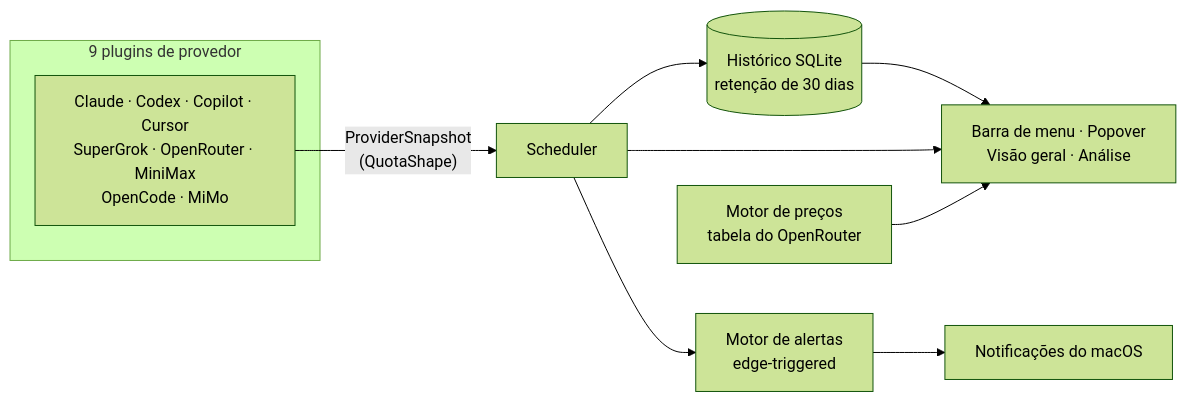
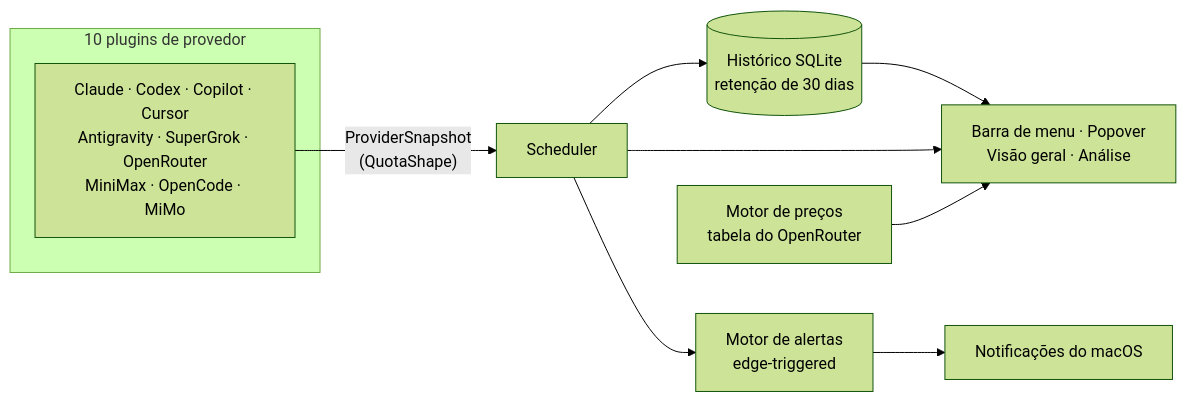
The diagram in README.pt-BR.md (OkamiOps/OkTally), drawn with Mermaid (forest theme) before and after one commit. The commit also changed other lines of this file and 5 other files, not shown here.

Commit message:
release: 0.9.1-beta — changelog entry, roadmap/provider tables refreshed, version bump

````diff
--- a/README.pt-BR.md
+++ b/README.pt-BR.md
@@ -97,13 +97,13 @@
 ```mermaid
 flowchart LR
-    subgraph Providers["9 plugins de provedor"]
-        P1["Claude · Codex · Copilot · Cursor<br/>SuperGrok · OpenRouter · MiniMax<br/>OpenCode · MiMo"]
+    subgraph Providers["10 plugins de provedor"]
+        P1["Claude · Codex · Copilot · Cursor<br/>Antigravity · SuperGrok · OpenRouter<br/>MiniMax · OpenCode · MiMo"]
     end
     P1 -->|"ProviderSnapshot<br/>(QuotaShape)"| S[Scheduler]
     S --> DB[(Histórico SQLite<br/>retenção de 30 dias)]
     S --> AE[Motor de alertas<br/>edge-triggered]
     AE --> N[Notificações do macOS]
     DB --> UI["Barra de menu · Popover<br/>Visão geral · Análise"]
     S --> UI
     PE[Motor de preços<br/>tabela do OpenRouter] --> UI
 ```
````
